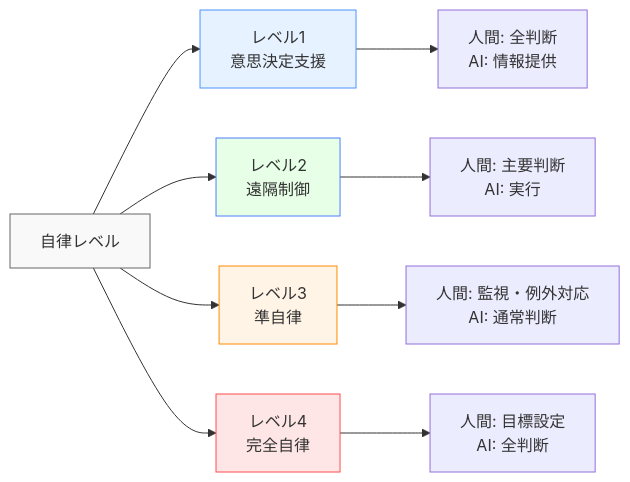
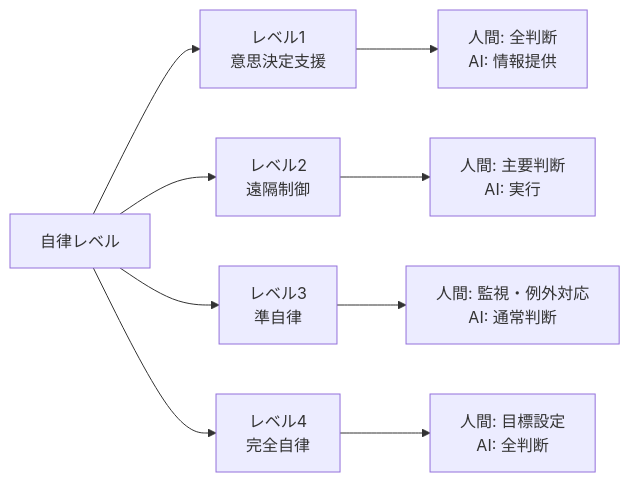
Before and after one commit to shuji-bonji/Situational-Awareness-and-Decision-Making: the tenth of 11 diagrams in docs/applications/maritime-dm.md, drawn with Mermaid. The commit also changed other lines of this file and 49 other files, not shown here.

Commit message:
fix: ダークモードで見づらい図の色の変更

````diff
--- a/docs/applications/maritime-dm.md
+++ b/docs/applications/maritime-dm.md
@@ -483,18 +483,18 @@
 ```mermaid
 graph LR
     A[自律レベル] --> B[レベル1<br>意思決定支援]
     A --> C[レベル2<br>遠隔制御]
     A --> D[レベル3<br>準自律]
     A --> E[レベル4<br>完全自律]
     
     B --> B1[人間: 全判断<br>AI: 情報提供]
     C --> C1[人間: 主要判断<br>AI: 実行]
     D --> D1[人間: 監視・例外対応<br>AI: 通常判断]
     E --> E1[人間: 目標設定<br>AI: 全判断]
     
-    style A fill:#f9f9f9,stroke:#666
-    style B fill:#e6f2ff,stroke:#4d94ff
-    style C fill:#e6ffe6,stroke:#4d7fff
-    style D fill:#fff4e6,stroke:#ff8c00
-    style E fill:#ffe6e6,stroke:#ff4d4d
+
+
+
+
+
 ```
````
